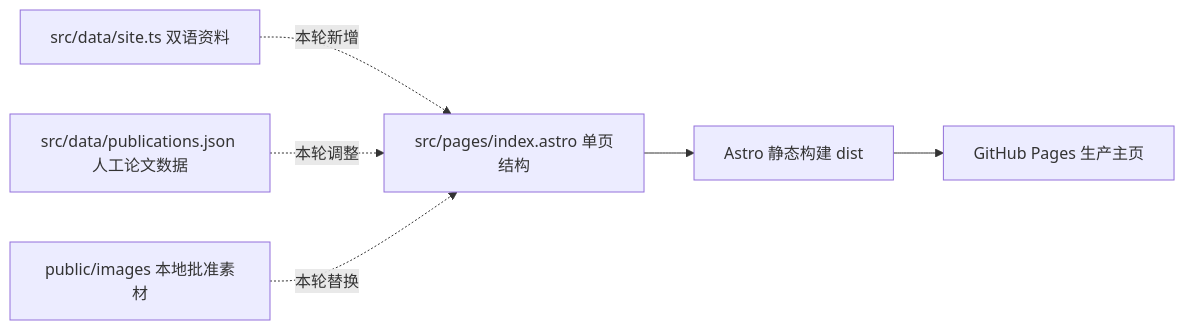
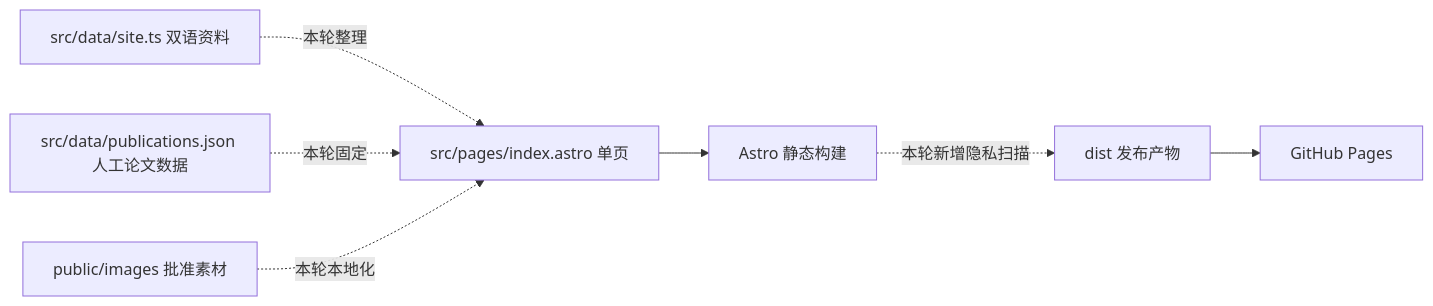
One commit to codeocd/codeocd.github.io changed the diagram in issues/2026-09-20_00-00-00-haibiao-homepage/2026-09-20_00-00-00-haibiao-homepage.handoff.md. Above: the diagram before and after it, drawn with Mermaid. The commit also changed other lines of this file and 9 other files, not shown here.

````diff
--- a/issues/2026-09-20_00-00-00-haibiao-homepage/2026-09-20_00-00-00-haibiao-homepage.handoff.md
+++ b/issues/2026-09-20_00-00-00-haibiao-homepage/2026-09-20_00-00-00-haibiao-homepage.handoff.md
@@ -40,8 +38,9 @@
 ```mermaid
 flowchart LR
-    A[src/data/site.ts 双语资料] -.本轮新增.-> C[src/pages/index.astro 单页结构]
-    B[src/data/publications.json 人工论文数据] -.本轮调整.-> C
-    D[public/images 本地批准素材] -.本轮替换.-> C
-    C --> E[Astro 静态构建 dist]
-    E --> F[GitHub Pages 生产主页]
+    A[src/data/site.ts 双语资料] -.本轮整理.-> C[src/pages/index.astro 单页]
+    B[src/data/publications.json 人工论文数据] -.本轮固定.-> C
+    D[public/images 批准素材] -.本轮本地化.-> C
+    C --> E[Astro 静态构建]
+    E -.本轮新增隐私扫描.-> F[dist 发布产物]
+    F --> G[GitHub Pages]
 ```
````
